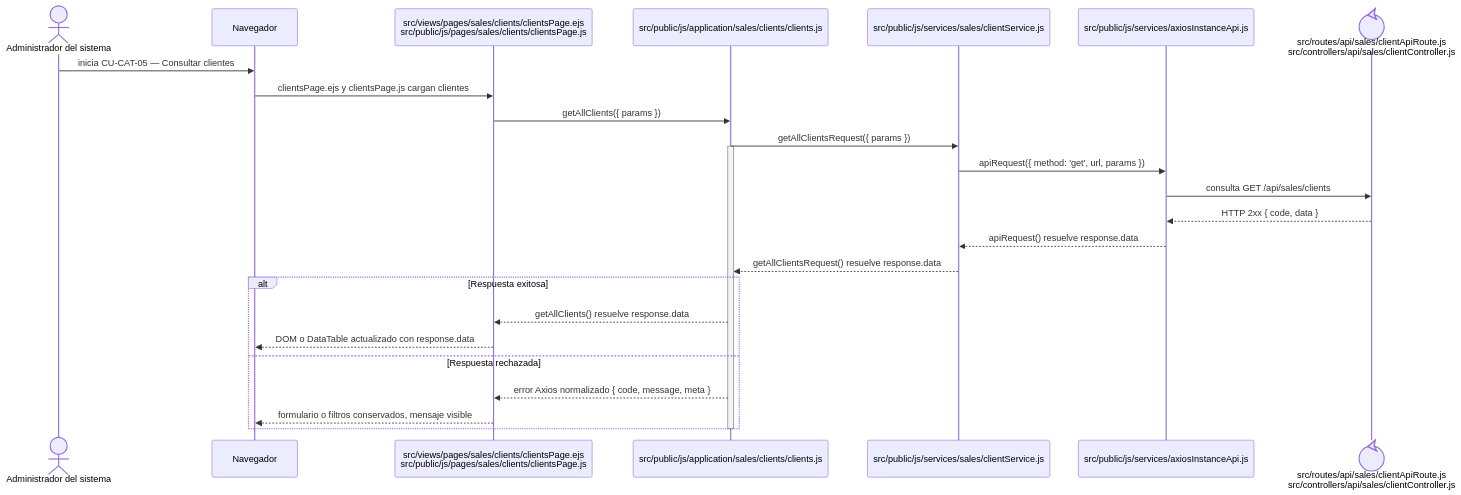
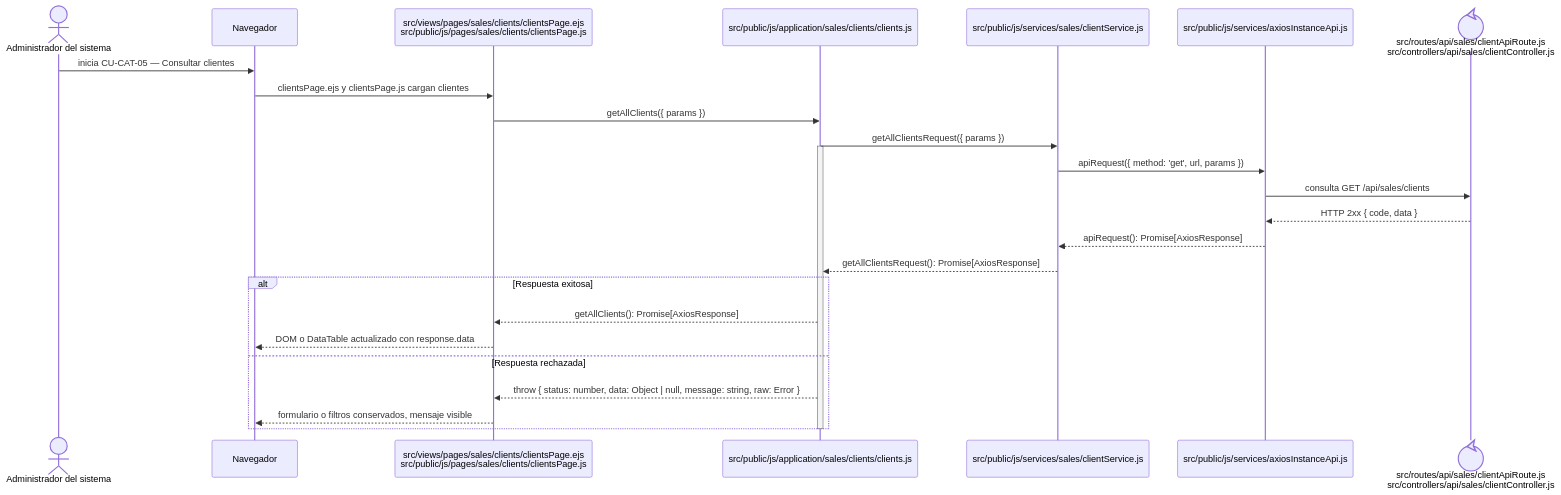
The diagram in docs/architecture/frontend-code-sequences/catalogs/cu-cat-05.md (gpgsistemas01/nexus), drawn with Mermaid before and after one commit. The commit also changed 146 other files, not shown here.

````diff
--- a/docs/architecture/frontend-code-sequences/catalogs/cu-cat-05.md
+++ b/docs/architecture/frontend-code-sequences/catalogs/cu-cat-05.md
@@ -6,29 +6,29 @@
 ```mermaid
 sequenceDiagram
     actor Initiator as Administrador del sistema
     participant Browser as Navegador
     participant View as src/views/pages/sales/clients/clientsPage.ejs<br/>src/public/js/pages/sales/clients/clientsPage.js
     participant Application as src/public/js/application/sales/clients/clients.js
     participant Request as src/public/js/services/sales/clientService.js
     participant HTTP as src/public/js/services/axiosInstanceApi.js
     participant Transport@{ "type": "control" } as src/routes/api/sales/clientApiRoute.js<br/>src/controllers/api/sales/clientController.js
 
     Initiator->>Browser: inicia CU-CAT-05 — Consultar clientes
     Browser->>View: clientsPage.ejs y clientsPage.js cargan clientes
     View->>Application: getAllClients({ params })
     Application->>Request: getAllClientsRequest({ params })
     activate Application
     Request->>HTTP: apiRequest({ method: 'get', url, params })
     HTTP->>Transport: consulta GET /api/sales/clients
     Transport-->>HTTP: HTTP 2xx { code, data }
-    HTTP-->>Request: apiRequest() resuelve response.data
-    Request-->>Application: getAllClientsRequest() resuelve response.data
+    HTTP-->>Request: apiRequest(): Promise[AxiosResponse]
+    Request-->>Application: getAllClientsRequest(): Promise[AxiosResponse]
     alt Respuesta exitosa
-        Application-->>View: getAllClients() resuelve response.data
+        Application-->>View: getAllClients(): Promise[AxiosResponse]
         View-->>Browser: DOM o DataTable actualizado con response.data
     else Respuesta rechazada
-        Application-->>View: error Axios normalizado { code, message, meta }
+        Application-->>View: throw { status: number, data: Object | null, message: string, raw: Error }
         View-->>Browser: formulario o filtros conservados, mensaje visible
     end
     deactivate Application
 ```
````
